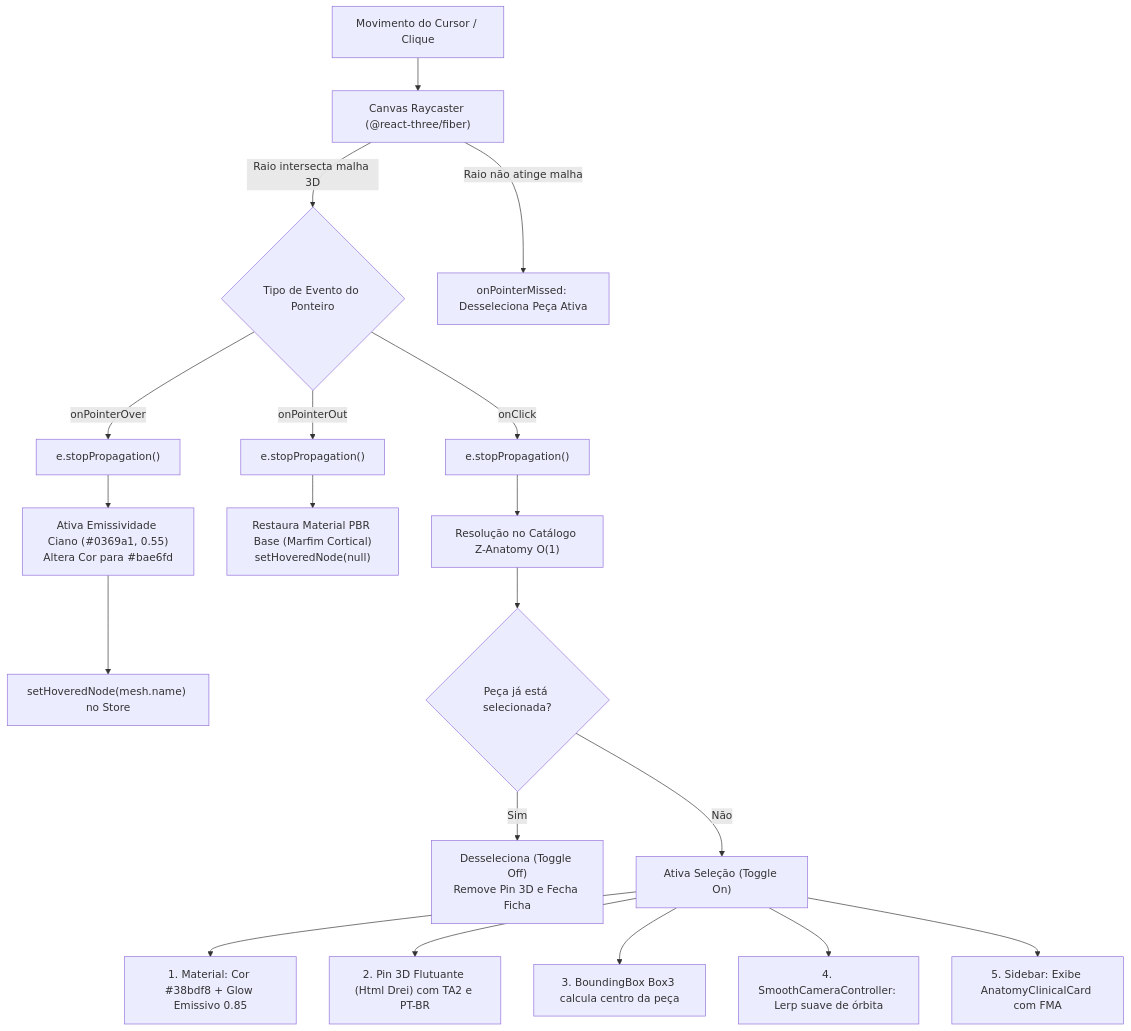
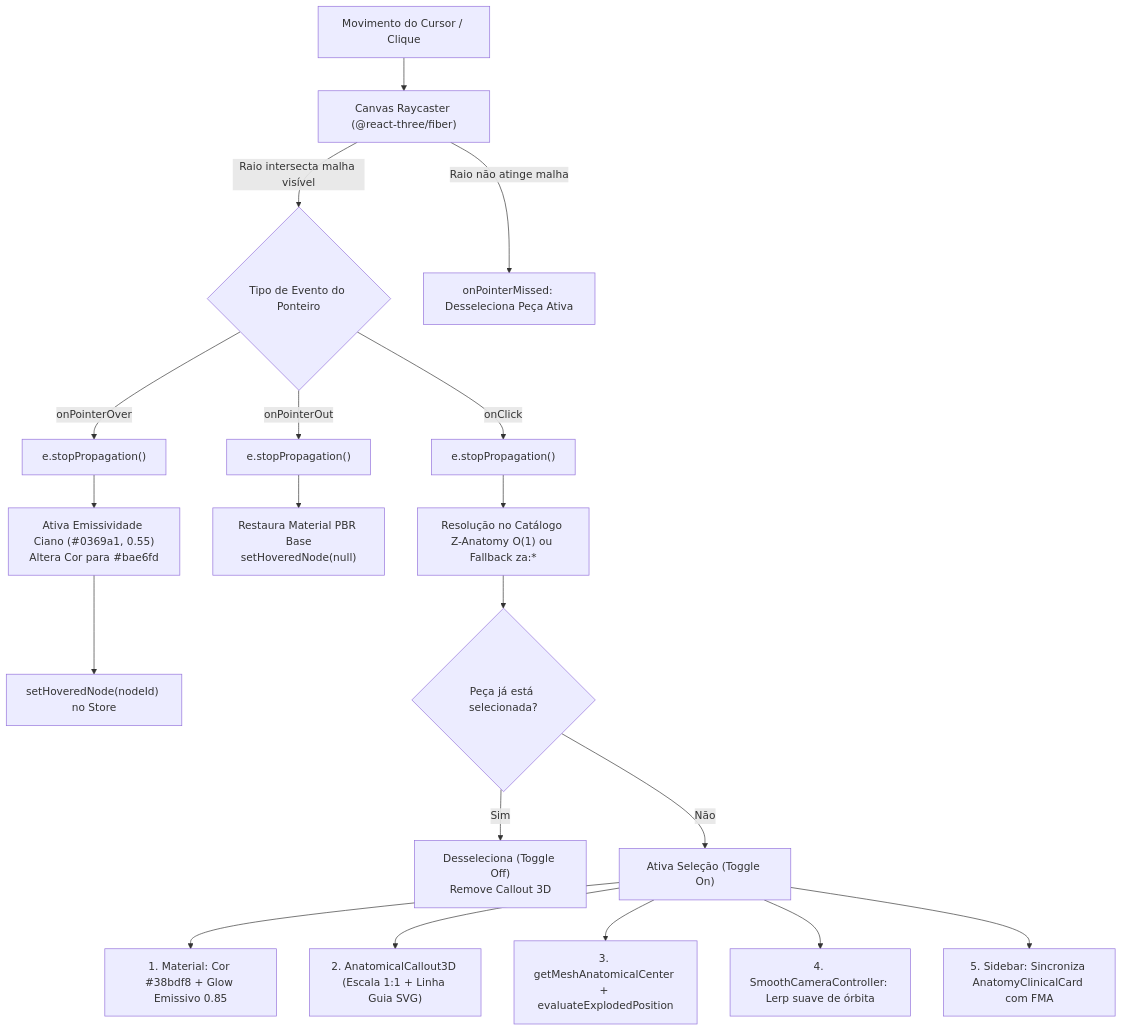
The first of 2 diagrams in README.md (melkidonadonmed-lgtm/appmy), drawn with Mermaid before and after one commit. The commit also changed other lines of this file and 33 other files, not shown here.

Commit message:
feat(atlas): callout 3d 1:1, deduplicacao cross-glb, exploded view homolateral, limpeza da raiz e atualizacao do README

````diff
--- a/README.md
+++ b/README.md
@@ -66,25 +74,25 @@
 ```mermaid
 flowchart TD
     A["Movimento do Cursor / Clique"] --> B["Canvas Raycaster (@react-three/fiber)"]
-    B -->|Raio intersecta malha 3D| C{"Tipo de Evento do Ponteiro"}
+    B -->|Raio intersecta malha visível| C{"Tipo de Evento do Ponteiro"}
     B -->|Raio não atinge malha| D["onPointerMissed: Desseleciona Peça Ativa"]
     
     C -->|onPointerOver| E["e.stopPropagation()"]
     E --> F["Ativa Emissividade Ciano (#0369a1, 0.55)<br>Altera Cor para #bae6fd"]
-    F --> G["setHoveredNode(mesh.name) no Store"]
+    F --> G["setHoveredNode(nodeId) no Store"]
     
     C -->|onPointerOut| H["e.stopPropagation()"]
-    H --> I["Restaura Material PBR Base (Marfim Cortical)<br>setHoveredNode(null)"]
+    H --> I["Restaura Material PBR Base<br>setHoveredNode(null)"]
     
     C -->|onClick| J["e.stopPropagation()"]
-    J --> K["Resolução no Catálogo Z-Anatomy O(1)"]
+    J --> K["Resolução no Catálogo Z-Anatomy O(1) ou Fallback za:*"]
     K --> L{"Peça já está selecionada?"}
-    L -->|Sim| M["Desseleciona (Toggle Off)<br>Remove Pin 3D e Fecha Ficha"]
+    L -->|Sim| M["Desseleciona (Toggle Off)<br>Remove Callout 3D"]
     L -->|Não| N["Ativa Seleção (Toggle On)"]
     
     N --> O["1. Material: Cor #38bdf8 + Glow Emissivo 0.85"]
-    N --> P["2. Pin 3D Flutuante (Html Drei) com TA2 e PT-BR"]
-    N --> Q["3. BoundingBox Box3 calcula centro da peça"]
+    N --> P["2. AnatomicalCallout3D (Escala 1:1 + Linha Guia SVG)"]
+    N --> Q["3. getMeshAnatomicalCenter + evaluateExplodedPosition"]
     N --> R["4. SmoothCameraController: Lerp suave de órbita"]
-    N --> S["5. Sidebar: Exibe AnatomyClinicalCard com FMA"]
+    N --> S["5. Sidebar: Sincroniza AnatomyClinicalCard com FMA"]
 ```
````
